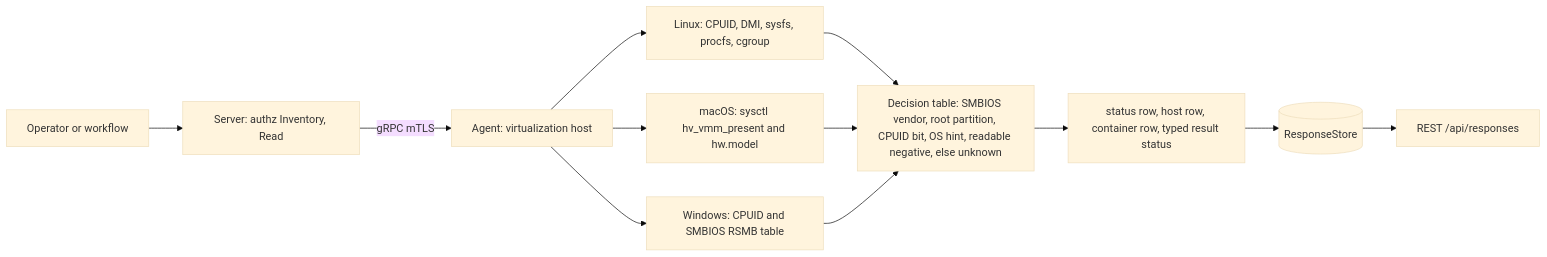
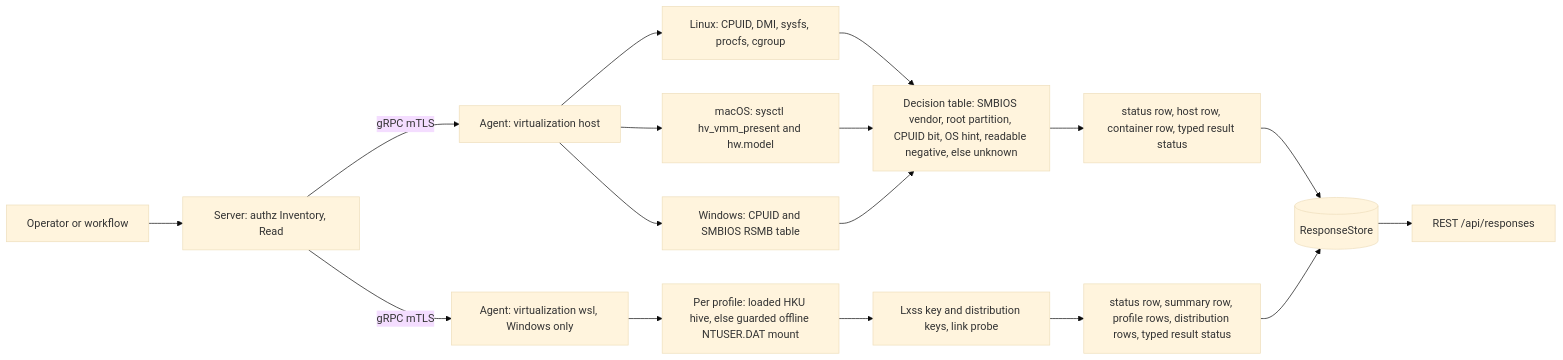
The first of 2 diagrams in agents/plugins/virtualization/README.md (DevNullLtd/Yuzu), drawn with Mermaid (base theme) before and after one commit. The commit also changed other lines of this file and 14 other files, not shown here.

Commit message:
gate-fix: governance r1 (planted-link detection with lxss_link token, documented residuals and recovery, data-inventory and mixed-fleet notes, test gaps, lexical pin widening)

````diff
--- a/agents/plugins/virtualization/README.md
+++ b/agents/plugins/virtualization/README.md
@@ -25,14 +25,19 @@
 ```mermaid
 flowchart LR
   OP["Operator or workflow"] --> SRV["Server: authz Inventory, Read"]
   SRV -->|"gRPC mTLS"| EX["Agent: virtualization host"]
   EX --> LIN["Linux: CPUID, DMI, sysfs, procfs, cgroup"]
   EX --> MAC["macOS: sysctl hv_vmm_present and hw.model"]
   EX --> WIN["Windows: CPUID and SMBIOS RSMB table"]
+  SRV -->|"gRPC mTLS"| EXW["Agent: virtualization wsl, Windows only"]
+  EXW --> HIV["Per profile: loaded HKU hive, else guarded offline NTUSER.DAT mount"]
+  HIV --> LXS["Lxss key and distribution keys, link probe"]
   LIN --> DEC["Decision table: SMBIOS vendor, root partition, CPUID bit, OS hint, readable negative, else unknown"]
   MAC --> DEC
   WIN --> DEC
   DEC --> ROWS["status row, host row, container row, typed result status"]
+  LXS --> WROWS["status row, summary row, profile rows, distribution rows, typed result status"]
   ROWS --> RS[("ResponseStore")]
+  WROWS --> RS
   RS --> API["REST /api/responses"]
 ```
````
